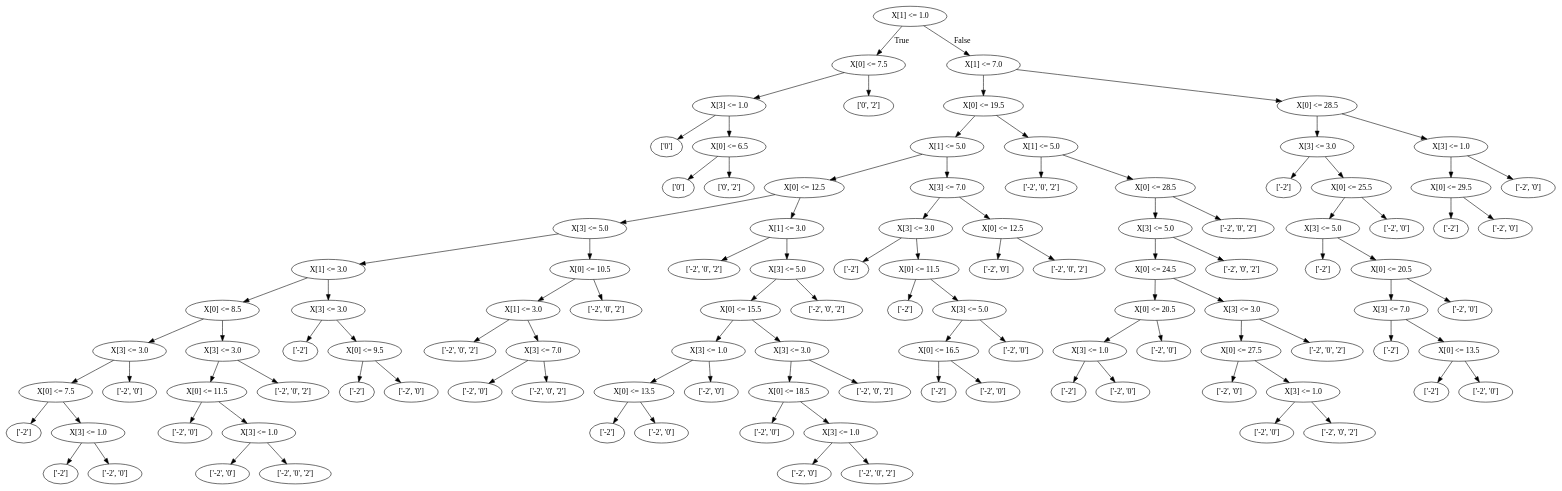
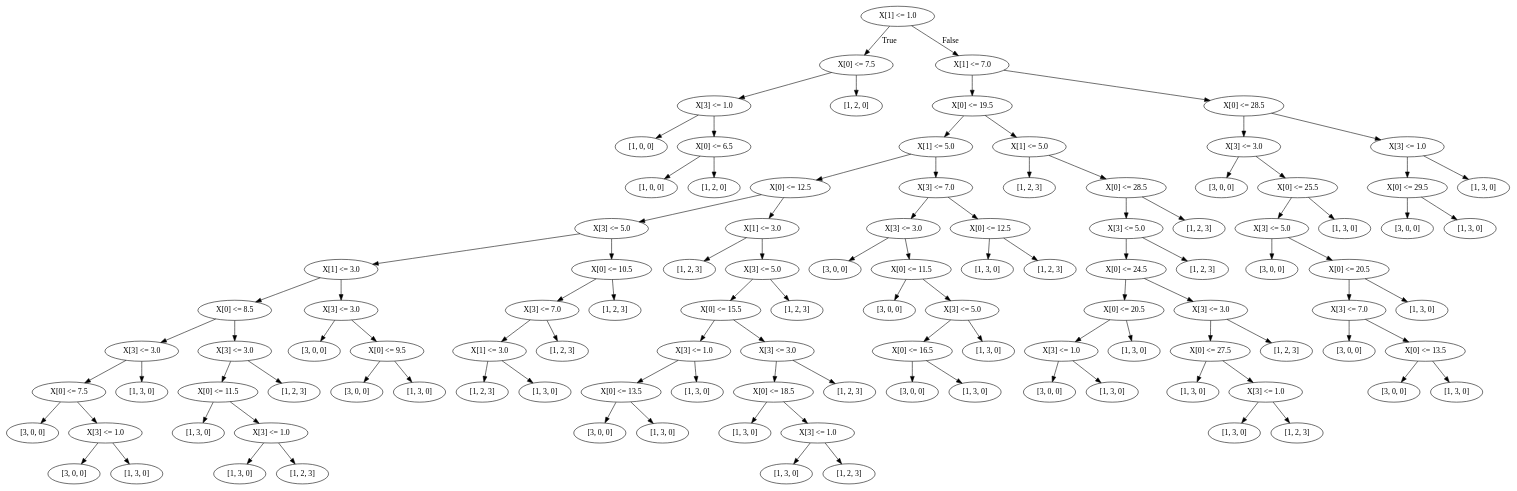
One commit to hobborg/dtControl changed the diagram in decision_trees/CART/cruise-small-latest/CART.dot. Above: the diagram before and after it, drawn with Graphviz. The commit also changed 25 other files, not shown here.

```diff
--- a/decision_trees/CART/cruise-small-latest/CART.dot
+++ b/decision_trees/CART/cruise-small-latest/CART.dot
@@ -2,16 +2,16 @@
 0 [label="X[1] <= 1.0"];
 1 [label="X[0] <= 7.5"];
 2 [label="X[3] <= 1.0"];
-3 [label="['0']"];
+3 [label="[1, 0, 0]"];
 2 -> 3 [label=""];
 4 [label="X[0] <= 6.5"];
-5 [label="['0']"];
+5 [label="[1, 0, 0]"];
 4 -> 5 [label=""];
-6 [label="['0', '2']"];
+6 [label="[1, 2, 0]"];
 4 -> 6 [label=""];
 2 -> 4 [label=""];
 1 -> 2 [label=""];
-7 [label="['0', '2']"];
+7 [label="[1, 2, 0]"];
 1 -> 7 [label=""];
 0 -> 1 [label="True"];
 8 [label="X[1] <= 7.0"];
@@ -23,195 +23,195 @@
 14 [label="X[0] <= 8.5"];
 15 [label="X[3] <= 3.0"];
 16 [label="X[0] <= 7.5"];
-17 [label="['-2']"];
+17 [label="[3, 0, 0]"];
 16 -> 17 [label=""];
 18 [label="X[3] <= 1.0"];
-19 [label="['-2']"];
+19 [label="[3, 0, 0]"];
 18 -> 19 [label=""];
-20 [label="['-2', '0']"];
+20 [label="[1, 3, 0]"];
 18 -> 20 [label=""];
 16 -> 18 [label=""];
 15 -> 16 [label=""];
-21 [label="['-2', '0']"];
+21 [label="[1, 3, 0]"];
 15 -> 21 [label=""];
 14 -> 15 [label=""];
 22 [label="X[3] <= 3.0"];
 23 [label="X[0] <= 11.5"];
-24 [label="['-2', '0']"];
+24 [label="[1, 3, 0]"];
 23 -> 24 [label=""];
 25 [label="X[3] <= 1.0"];
-26 [label="['-2', '0']"];
+26 [label="[1, 3, 0]"];
 25 -> 26 [label=""];
-27 [label="['-2', '0', '2']"];
+27 [label="[1, 2, 3]"];
 25 -> 27 [label=""];
 23 -> 25 [label=""];
 22 -> 23 [label=""];
-28 [label="['-2', '0', '2']"];
+28 [label="[1, 2, 3]"];
 22 -> 28 [label=""];
 14 -> 22 [label=""];
 13 -> 14 [label=""];
 29 [label="X[3] <= 3.0"];
-30 [label="['-2']"];
+30 [label="[3, 0, 0]"];
 29 -> 30 [label=""];
 31 [label="X[0] <= 9.5"];
-32 [label="['-2']"];
+32 [label="[3, 0, 0]"];
 31 -> 32 [label=""];
-33 [label="['-2', '0']"];
+33 [label="[1, 3, 0]"];
 31 -> 33 [label=""];
 29 -> 31 [label=""];
 13 -> 29 [label=""];
 12 -> 13 [label=""];
 34 [label="X[0] <= 10.5"];
-35 [label="X[1] <= 3.0"];
-36 [label="['-2', '0', '2']"];
+35 [label="X[3] <= 7.0"];
+36 [label="X[1] <= 3.0"];
+37 [label="[1, 2, 3]"];
+36 -> 37 [label=""];
+38 [label="[1, 3, 0]"];
+36 -> 38 [label=""];
 35 -> 36 [label=""];
-37 [label="X[3] <= 7.0"];
-38 [label="['-2', '0']"];
-37 -> 38 [label=""];
-39 [label="['-2', '0', '2']"];
-37 -> 39 [label=""];
-35 -> 37 [label=""];
+39 [label="[1, 2, 3]"];
+35 -> 39 [label=""];
 34 -> 35 [label=""];
-40 [label="['-2', '0', '2']"];
+40 [label="[1, 2, 3]"];
 34 -> 40 [label=""];
 12 -> 34 [label=""];
 11 -> 12 [label=""];
 41 [label="X[1] <= 3.0"];
-42 [label="['-2', '0', '2']"];
+42 [label="[1, 2, 3]"];
 41 -> 42 [label=""];
 43 [label="X[3] <= 5.0"];
 44 [label="X[0] <= 15.5"];
 45 [label="X[3] <= 1.0"];
 46 [label="X[0] <= 13.5"];
-47 [label="['-2']"];
+47 [label="[3, 0, 0]"];
 46 -> 47 [label=""];
-48 [label="['-2', '0']"];
+48 [label="[1, 3, 0]"];
 46 -> 48 [label=""];
 45 -> 46 [label=""];
-49 [label="['-2', '0']"];
+49 [label="[1, 3, 0]"];
 45 -> 49 [label=""];
 44 -> 45 [label=""];
 50 [label="X[3] <= 3.0"];
 51 [label="X[0] <= 18.5"];
-52 [label="['-2', '0']"];
+52 [label="[1, 3, 0]"];
 51 -> 52 [label=""];
 53 [label="X[3] <= 1.0"];
-54 [label="['-2', '0']"];
+54 [label="[1, 3, 0]"];
 53 -> 54 [label=""];
-55 [label="['-2', '0', '2']"];
+55 [label="[1, 2, 3]"];
 53 -> 55 [label=""];
 51 -> 53 [label=""];
 50 -> 51 [label=""];
-56 [label="['-2', '0', '2']"];
+56 [label="[1, 2, 3]"];
 50 -> 56 [label=""];
 44 -> 50 [label=""];
 43 -> 44 [label=""];
-57 [label="['-2', '0', '2']"];
+57 [label="[1, 2, 3]"];
 43 -> 57 [label=""];
 41 -> 43 [label=""];
 11 -> 41 [label=""];
 10 -> 11 [label=""];
 58 [label="X[3] <= 7.0"];
 59 [label="X[3] <= 3.0"];
-60 [label="['-2']"];
+60 [label="[3, 0, 0]"];
 59 -> 60 [label=""];
 61 [label="X[0] <= 11.5"];
-62 [label="['-2']"];
+62 [label="[3, 0, 0]"];
 61 -> 62 [label=""];
 63 [label="X[3] <= 5.0"];
 64 [label="X[0] <= 16.5"];
-65 [label="['-2']"];
+65 [label="[3, 0, 0]"];
 64 -> 65 [label=""];
-66 [label="['-2', '0']"];
+66 [label="[1, 3, 0]"];
 64 -> 66 [label=""];
 63 -> 64 [label=""];
-67 [label="['-2', '0']"];
+67 [label="[1, 3, 0]"];
 63 -> 67 [label=""];
 61 -> 63 [label=""];
 59 -> 61 [label=""];
 58 -> 59 [label=""];
 68 [label="X[0] <= 12.5"];
-69 [label="['-2', '0']"];
+69 [label="[1, 3, 0]"];
 68 -> 69 [label=""];
-70 [label="['-2', '0', '2']"];
+70 [label="[1, 2, 3]"];
 68 -> 70 [label=""];
 58 -> 68 [label=""];
 10 -> 58 [label=""];
 9 -> 10 [label=""];
 71 [label="X[1] <= 5.0"];
-72 [label="['-2', '0', '2']"];
+72 [label="[1, 2, 3]"];
 71 -> 72 [label=""];
 73 [label="X[0] <= 28.5"];
 74 [label="X[3] <= 5.0"];
 75 [label="X[0] <= 24.5"];
 76 [label="X[0] <= 20.5"];
 77 [label="X[3] <= 1.0"];
-78 [label="['-2']"];
+78 [label="[3, 0, 0]"];
 77 -> 78 [label=""];
-79 [label="['-2', '0']"];
+79 [label="[1, 3, 0]"];
 77 -> 79 [label=""];
 76 -> 77 [label=""];
-80 [label="['-2', '0']"];
+80 [label="[1, 3, 0]"];
 76 -> 80 [label=""];
 75 -> 76 [label=""];
 81 [label="X[3] <= 3.0"];
 82 [label="X[0] <= 27.5"];
-83 [label="['-2', '0']"];
+83 [label="[1, 3, 0]"];
 82 -> 83 [label=""];
 84 [label="X[3] <= 1.0"];
-85 [label="['-2', '0']"];
+85 [label="[1, 3, 0]"];
 84 -> 85 [label=""];
-86 [label="['-2', '0', '2']"];
+86 [label="[1, 2, 3]"];
 84 -> 86 [label=""];
 82 -> 84 [label=""];
 81 -> 82 [label=""];
-87 [label="['-2', '0', '2']"];
+87 [label="[1, 2, 3]"];
 81 -> 87 [label=""];
 75 -> 81 [label=""];
 74 -> 75 [label=""];
-88 [label="['-2', '0', '2']"];
+88 [label="[1, 2, 3]"];
 74 -> 88 [label=""];
 73 -> 74 [label=""];
-89 [label="['-2', '0', '2']"];
+89 [label="[1, 2, 3]"];
 73 -> 89 [label=""];
 71 -> 73 [label=""];
 9 -> 71 [label=""];
 8 -> 9 [label=""];
 90 [label="X[0] <= 28.5"];
 91 [label="X[3] <= 3.0"];
-92 [label="['-2']"];
+92 [label="[3, 0, 0]"];
 91 -> 92 [label=""];
 93 [label="X[0] <= 25.5"];
 94 [label="X[3] <= 5.0"];
-95 [label="['-2']"];
+95 [label="[3, 0, 0]"];
 94 -> 95 [label=""];
 96 [label="X[0] <= 20.5"];
 97 [label="X[3] <= 7.0"];
-98 [label="['-2']"];
+98 [label="[3, 0, 0]"];
 97 -> 98 [label=""];
 99 [label="X[0] <= 13.5"];
-100 [label="['-2']"];
+100 [label="[3, 0, 0]"];
 99 -> 100 [label=""];
-101 [label="['-2', '0']"];
+101 [label="[1, 3, 0]"];
 99 -> 101 [label=""];
 97 -> 99 [label=""];
 96 -> 97 [label=""];
-102 [label="['-2', '0']"];
+102 [label="[1, 3, 0]"];
 96 -> 102 [label=""];
 94 -> 96 [label=""];
 93 -> 94 [label=""];
-103 [label="['-2', '0']"];
+103 [label="[1, 3, 0]"];
 93 -> 103 [label=""];
 91 -> 93 [label=""];
 90 -> 91 [label=""];
 104 [label="X[3] <= 1.0"];
 105 [label="X[0] <= 29.5"];
-106 [label="['-2']"];
+106 [label="[3, 0, 0]"];
 105 -> 106 [label=""];
-107 [label="['-2', '0']"];
+107 [label="[1, 3, 0]"];
 105 -> 107 [label=""];
 104 -> 105 [label=""];
-108 [label="['-2', '0']"];
+108 [label="[1, 3, 0]"];
 104 -> 108 [label=""];
 90 -> 104 [label=""];
 8 -> 90 [label=""];
```
